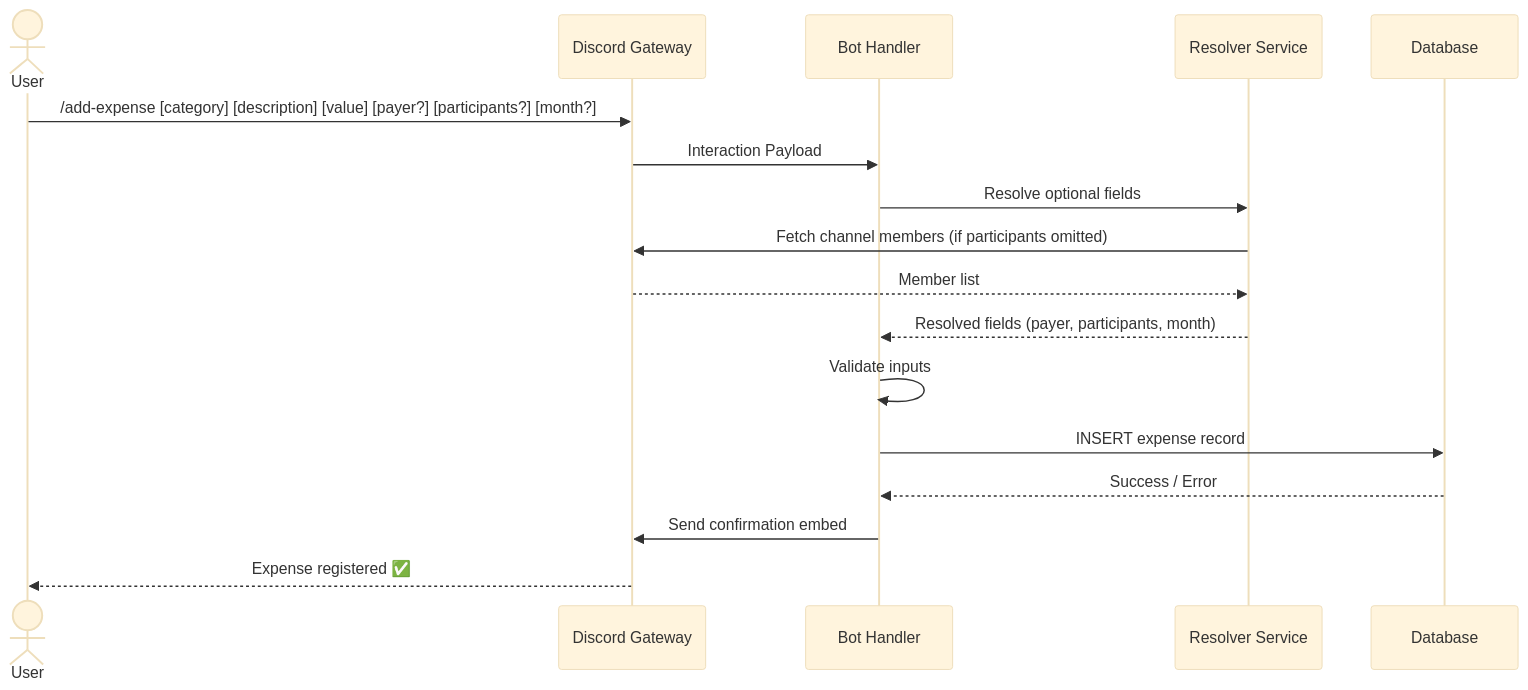
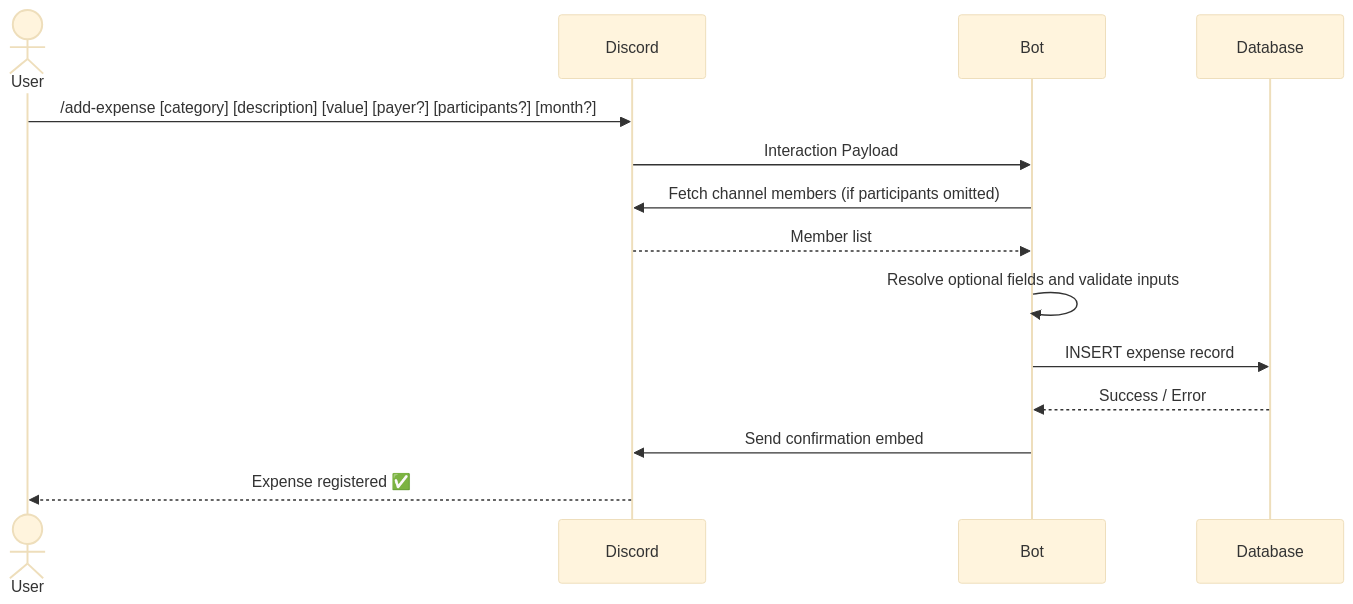
Before and after one commit to IgorEmerick/discord-financial-management: the first of 5 diagrams in project-definition.md, drawn with Mermaid (base theme). The commit also changed other lines of this file and 1 other file, not shown here.

Commit message:
docs: sync CLAUDE.md with project-definition v1.1.0 (edit/delete expense, updated data model)

````diff
--- a/project-definition.md
+++ b/project-definition.md
@@ -74,20 +74,17 @@
 ```mermaid
 sequenceDiagram
     actor User
-    participant Discord Gateway
-    participant Bot Handler
-    participant Resolver Service
+    participant Discord
+    participant Bot
     participant Database
 
-    User->>Discord Gateway: /add-expense [category] [description] [value] [payer?] [participants?] [month?]
-    Discord Gateway->>Bot Handler: Interaction Payload
-    Bot Handler->>Resolver Service: Resolve optional fields
-    Resolver Service->>Discord Gateway: Fetch channel members (if participants omitted)
-    Discord Gateway-->>Resolver Service: Member list
-    Resolver Service-->>Bot Handler: Resolved fields (payer, participants, month)
-    Bot Handler->>Bot Handler: Validate inputs
-    Bot Handler->>Database: INSERT expense record
-    Database-->>Bot Handler: Success / Error
-    Bot Handler->>Discord Gateway: Send confirmation embed
-    Discord Gateway-->>User: Expense registered ✅
+    User->>Discord: /add-expense [category] [description] [value] [payer?] [participants?] [month?]
+    Discord->>Bot: Interaction Payload
+    Bot->>Discord: Fetch channel members (if participants omitted)
+    Discord-->>Bot: Member list
+    Bot->>Bot: Resolve optional fields and validate inputs
+    Bot->>Database: INSERT expense record
+    Database-->>Bot: Success / Error
+    Bot->>Discord: Send confirmation embed
+    Discord-->>User: Expense registered ✅
 ```
````
